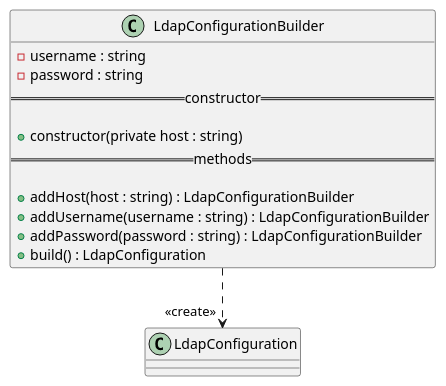
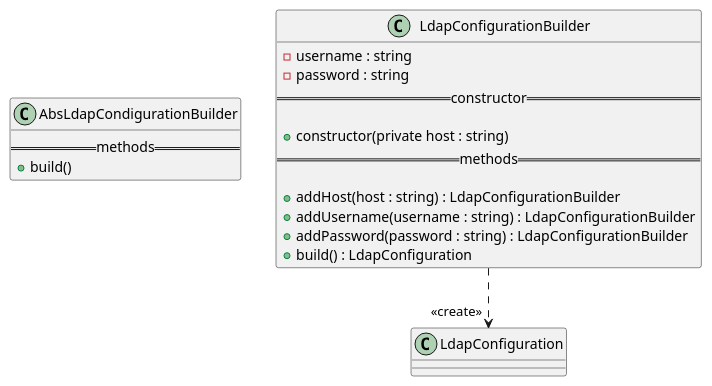
Before and after one commit to GruppOne/stalker-web-app: the diagram in docs/diagrams/classes/LdapConfiguration/LdapConfigurationBuilder.pu, drawn with PlantUML. The commit also changed 5 other files, not shown here.

Commit message:
docs: fix more diagrams

```diff
--- a/docs/diagrams/classes/LdapConfiguration/LdapConfigurationBuilder.pu
+++ b/docs/diagrams/classes/LdapConfiguration/LdapConfigurationBuilder.pu
@@ -1,17 +1,22 @@
 @startuml LdapConfigurationBuilder diagram
+
+class AbsLdapCondigurationBuilder {
+  ==methods==
+  + build()
+}
 class LdapConfigurationBuilder {
   - username : string
   - password : string
   ==constructor==
 
   + constructor(private host : string)
   ==methods==
 
   + addHost(host : string) : LdapConfigurationBuilder
   + addUsername(username : string) : LdapConfigurationBuilder
   + addPassword(password : string) : LdapConfigurationBuilder
   + build() : LdapConfiguration
 }
 
 LdapConfigurationBuilder ..> "<<create>>" LdapConfiguration
 @enduml
```
